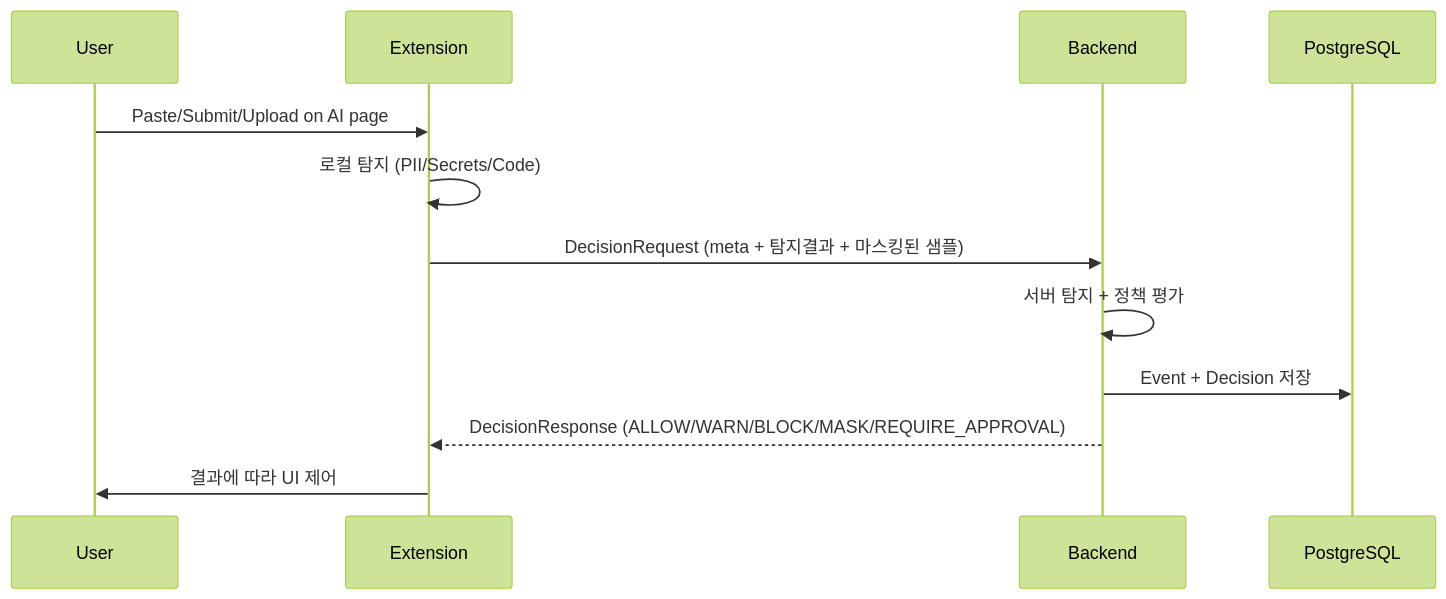
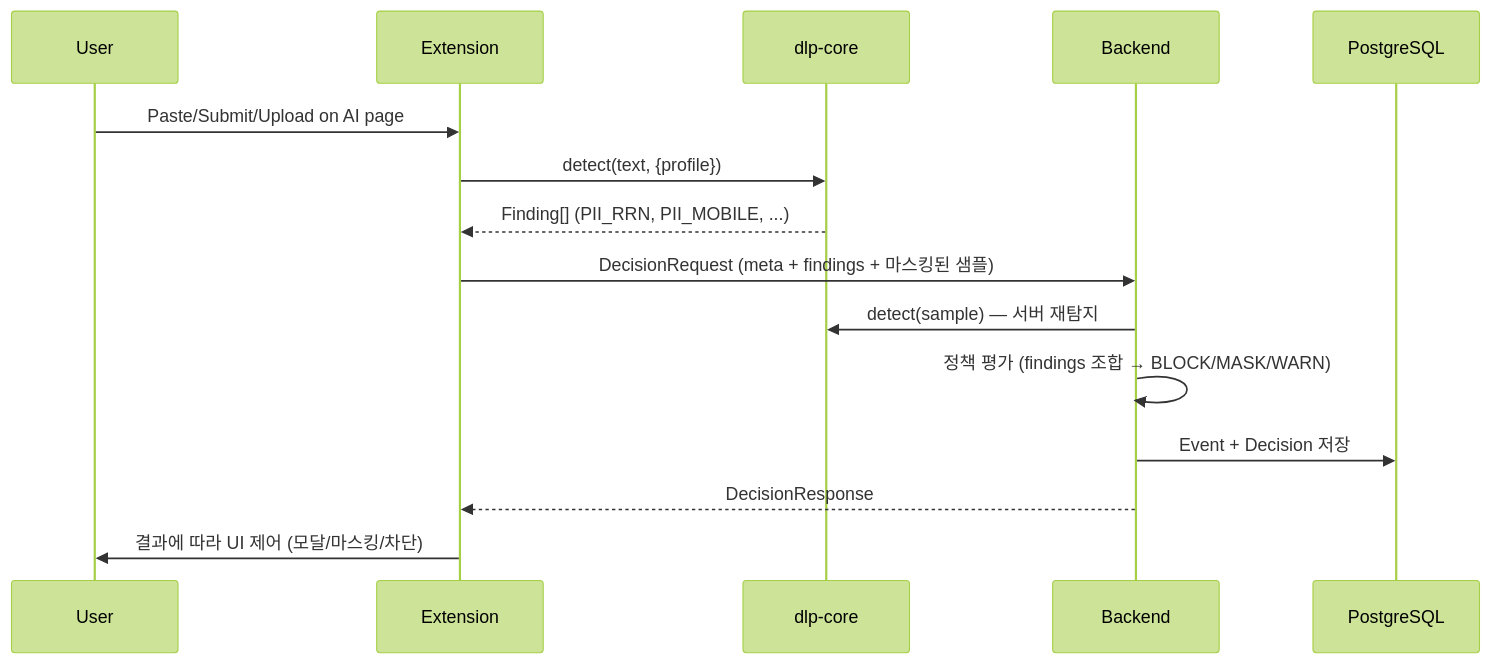
The second of 2 diagrams in README.md (wissens2024/ai-aware-sse), drawn with Mermaid (forest theme) before and after one commit. The commit also changed other lines of this file and 19 other files, not shown here.

````diff
--- a/README.md
+++ b/README.md
@@ -101,15 +141,18 @@
 ```mermaid
 sequenceDiagram
   participant U as User
   participant X as Extension
+  participant C as dlp-core
   participant B as Backend
   participant DB as PostgreSQL
 
   U->>X: Paste/Submit/Upload on AI page
-  X->>X: 로컬 탐지 (PII/Secrets/Code)
-  X->>B: DecisionRequest (meta + 탐지결과 + 마스킹된 샘플)
-  B->>B: 서버 탐지 + 정책 평가
+  X->>C: detect(text, {profile})
+  C-->>X: Finding[] (PII_RRN, PII_MOBILE, ...)
+  X->>B: DecisionRequest (meta + findings + 마스킹된 샘플)
+  B->>C: detect(sample) — 서버 재탐지
+  B->>B: 정책 평가 (findings 조합 → BLOCK/MASK/WARN)
   B->>DB: Event + Decision 저장
-  B-->>X: DecisionResponse (ALLOW/WARN/BLOCK/MASK/REQUIRE_APPROVAL)
-  X->>U: 결과에 따라 UI 제어
+  B-->>X: DecisionResponse
+  X->>U: 결과에 따라 UI 제어 (모달/마스킹/차단)
 ```
````
